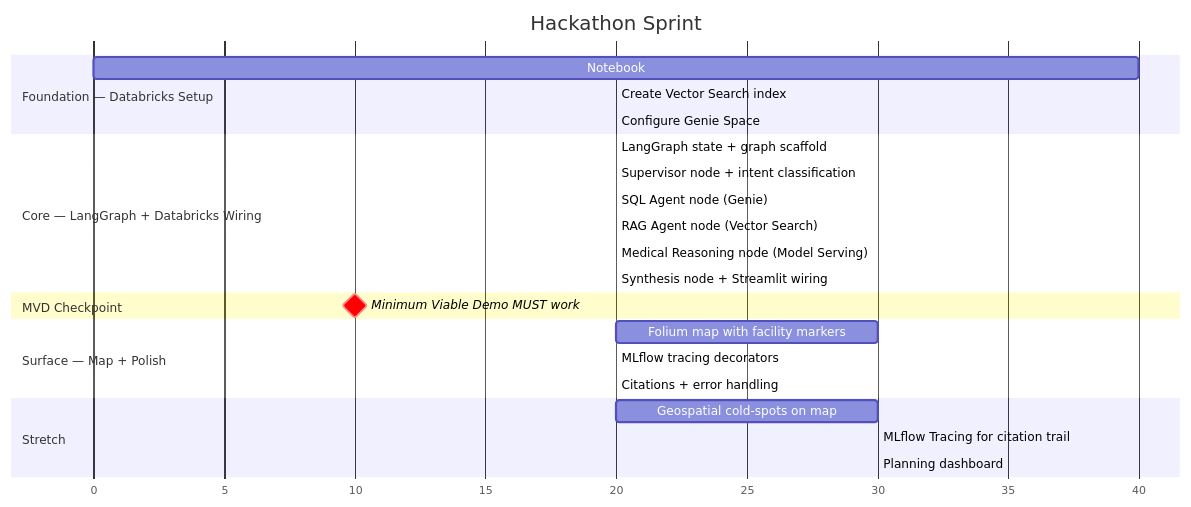
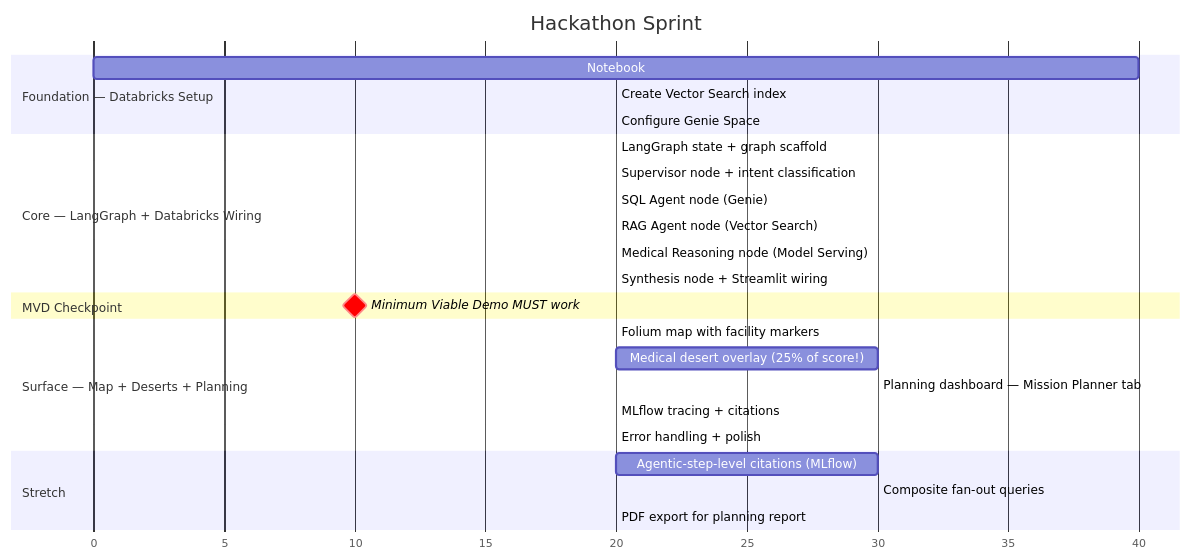
The second of 2 diagrams in AGENT.md (alijafarkamal/Hack-Nation), drawn with Mermaid before and after one commit. The commit also changed other lines of this file and 8 other files, not shown here.

````diff
--- a/AGENT.md
+++ b/AGENT.md
@@ -241,32 +265,34 @@
 ```mermaid
 gantt
     title Hackathon Sprint
     dateFormat X
     axisFormat %s
 
     section Foundation — Databricks Setup
     Notebook: clean + geocode + upload to UC     :p1a, 0, 40
     Create Vector Search index                   :p1b, after p1a, 20
     Configure Genie Space                        :p1c, after p1b, 20
 
     section Core — LangGraph + Databricks Wiring
     LangGraph state + graph scaffold             :p2a, after p1c, 20
     Supervisor node + intent classification      :p2b, after p2a, 20
     SQL Agent node (Genie)                       :p2c, after p2b, 20
     RAG Agent node (Vector Search)               :p2d, after p2c, 20
     Medical Reasoning node (Model Serving)       :p2e, after p2d, 20
     Synthesis node + Streamlit wiring            :p2f, after p2e, 20
 
     section MVD Checkpoint
     Minimum Viable Demo MUST work                :milestone, crit, after p2f, 0
 
-    section Surface — Map + Polish
-    Folium map with facility markers             :p3a, after p2f, 30
-    MLflow tracing decorators                    :p3b, after p3a, 20
-    Citations + error handling                   :p3c, after p3b, 20
+    section Surface — Map + Deserts + Planning
+    Folium map with facility markers             :p3a, after p2f, 20
+    Medical desert overlay (25% of score!)       :p3b, after p3a, 30
+    Planning dashboard — Mission Planner tab     :p3c, after p3b, 30
+    MLflow tracing + citations                   :p3d, after p3c, 20
+    Error handling + polish                      :p3e, after p3d, 20
 
     section Stretch
-    Geospatial cold-spots on map                 :p4a, after p3c, 30
-    MLflow Tracing for citation trail            :p4b, after p4a, 30
-    Planning dashboard                           :p4c, after p4b, 30
+    Agentic-step-level citations (MLflow)        :p4a, after p3e, 30
+    Composite fan-out queries                    :p4b, after p4a, 30
+    PDF export for planning report               :p4c, after p4b, 20
 ```
````
